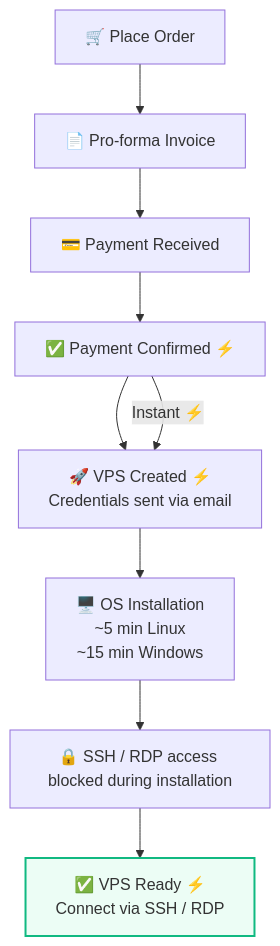
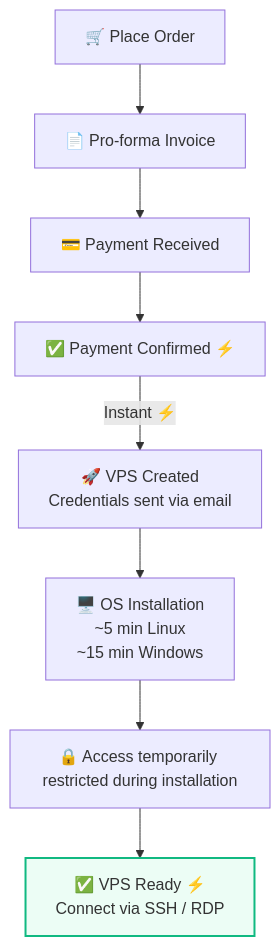
Before and after one commit to gExPl0ReR/docs: the diagram in faq/billing-lifecycle/how-fast-instant-delivery.mdx, drawn with Mermaid. The commit also changed other lines of this file, not shown here.

Commit message:
Clarify VPS delivery speed and payment methods

````diff
--- a/faq/billing-lifecycle/how-fast-instant-delivery.mdx
+++ b/faq/billing-lifecycle/how-fast-instant-delivery.mdx
@@ -23,14 +25,13 @@
 ```mermaid
 flowchart TD
     A["🛒 Place Order"] --> B["📄 Pro-forma Invoice"]
     B --> C["💳 Payment Received"]
     C --> D["✅ Payment Confirmed ⚡"]
-    D --> E["🚀 VPS Created ⚡<br/>Credentials sent via email"]
-    D -->|Instant ⚡| E
+    D -->|Instant ⚡| E["🚀 VPS Created<br/>Credentials sent via email"]
     E --> F["🖥️ OS Installation<br/>~5 min Linux <br/> ~15 min Windows"]
-    F --> G["🔒 SSH / RDP access blocked during installation"]
+    F --> G["🔒 Access temporarily restricted during installation"]
     G --> H["✅ VPS Ready ⚡<br/>Connect via SSH / RDP"]
 
     classDef highlight fill:#ecfdf5,stroke:#10b981,stroke-width:2px;
     class H highlight;
 ```
````
